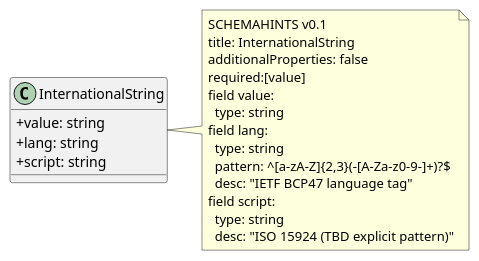
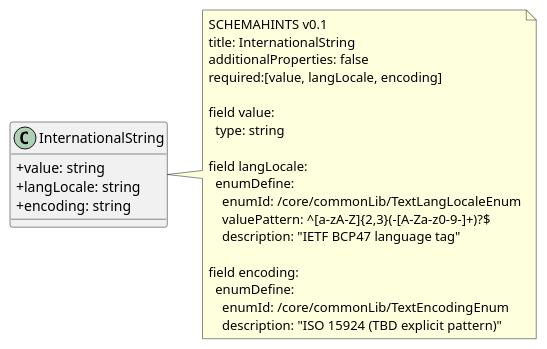
The diagram in packages/core/puml/commonLib/InternationalString.puml (decentralized-identity/hatpro-schema-temp), drawn with PlantUML before and after one commit. The commit also changed 81 other files, not shown here.

```diff
--- a/packages/core/puml/commonLib/InternationalString.puml
+++ b/packages/core/puml/commonLib/InternationalString.puml
@@ -2,23 +2,28 @@
 @startuml
 skinparam classAttributeIconSize 0
 class InternationalString {
   +value: string
-  +lang: string
-  +script: string
+  +langLocale: string
+  +encoding: string
 }
 note right of InternationalString
 SCHEMAHINTS v0.1
 title: InternationalString
 additionalProperties: false
-required:[value]
+required:[value, langLocale, encoding]
+
 field value:
   type: string
-field lang:
-  type: string
-  pattern: ^[a-zA-Z]{2,3}(-[A-Za-z0-9-]+)?$
-  desc: "IETF BCP47 language tag"
-field script:
-  type: string
-  desc: "ISO 15924 (TBD explicit pattern)"
+
+field langLocale:
+  enumDefine:
+    enumId: /core/commonLib/TextLangLocaleEnum
+    valuePattern: ^[a-zA-Z]{2,3}(-[A-Za-z0-9-]+)?$
+    description: "IETF BCP47 language tag"
+
+field encoding:
+  enumDefine:
+    enumId: /core/commonLib/TextEncodingEnum
+    description: "ISO 15924 (TBD explicit pattern)"
 end note
 @enduml
```
